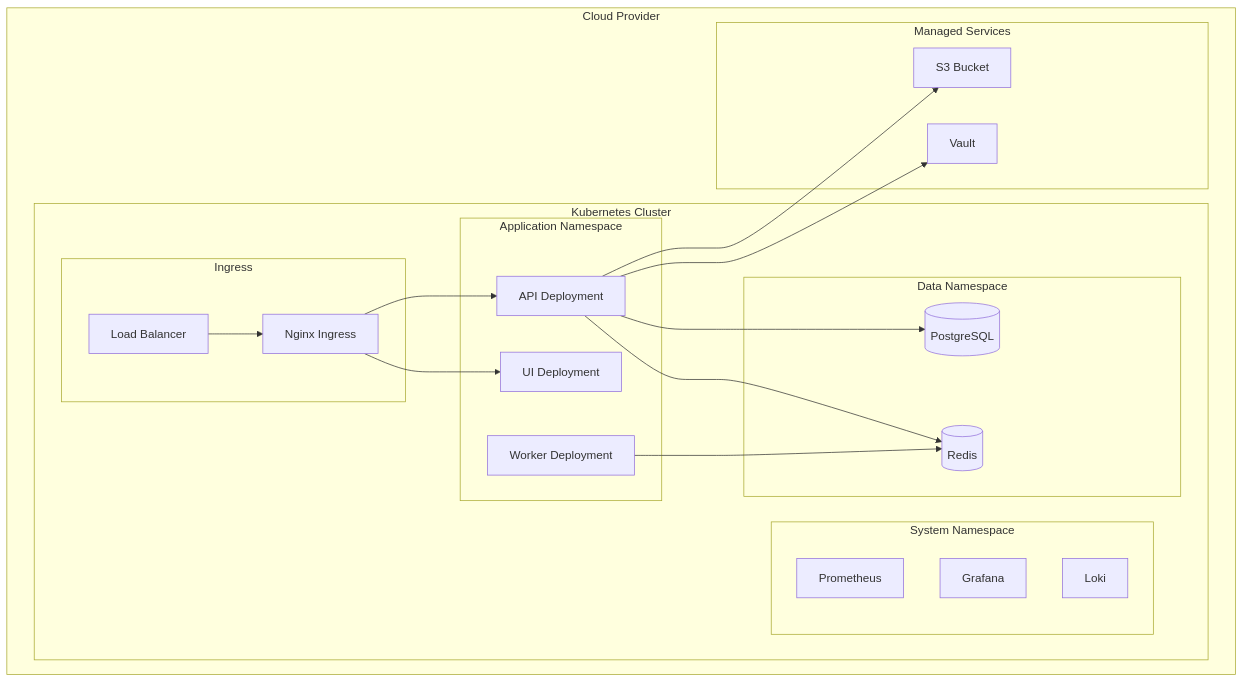
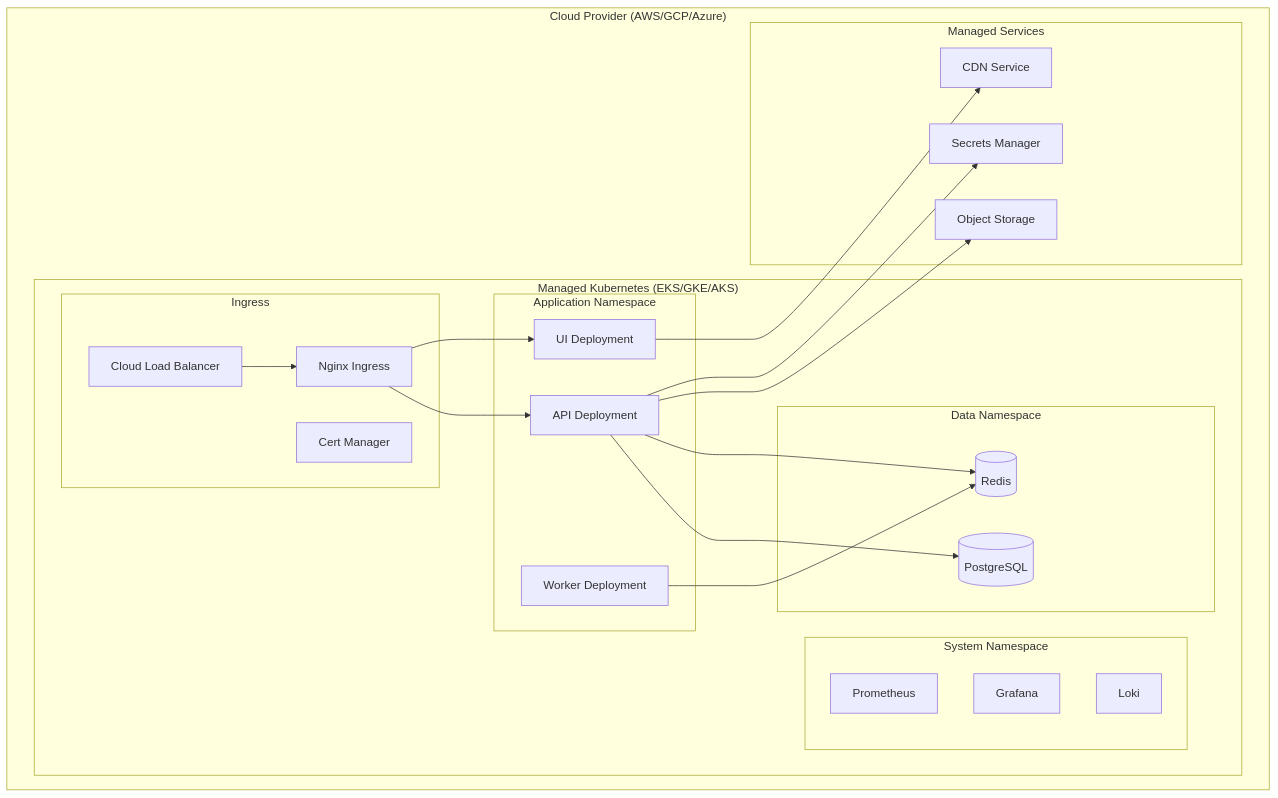
The second of 5 diagrams in docs/05-deployment-architecture.md (prodigy-sln/flowforge), drawn with Mermaid before and after one commit. The commit also changed other lines of this file and 5 other files, not shown here.

Commit message:
Implement comprehensive architecture improvements based on peer review feedback

````diff
--- a/docs/05-deployment-architecture.md
+++ b/docs/05-deployment-architecture.md
@@ -114,42 +220,45 @@
 ```mermaid
 graph TD
-    subgraph "Cloud Provider"
-        subgraph "Kubernetes Cluster"
+    subgraph "Cloud Provider (AWS/GCP/Azure)"
+        subgraph "Managed Kubernetes (EKS/GKE/AKS)"
             subgraph "Ingress"
-                LB[Load Balancer]
+                LB[Cloud Load Balancer]
                 Nginx[Nginx Ingress]
+                CertMgr[Cert Manager]
             end
             
             subgraph "Application Namespace"
                 API[API Deployment]
                 Worker[Worker Deployment]
                 UI[UI Deployment]
             end
             
             subgraph "Data Namespace"
                 PG[(PostgreSQL)]
                 Redis[(Redis)]
             end
             
             subgraph "System Namespace"
                 Prometheus[Prometheus]
                 Grafana[Grafana]
                 Loki[Loki]
             end
         end
         
         subgraph "Managed Services"
-            S3[S3 Bucket]
-            Vault[Vault]
+            S3[Object Storage]
+            Vault[Secrets Manager]
+            CDN[CDN Service]
         end
     end
     
     LB --> Nginx
     Nginx --> API
     Nginx --> UI
     API --> PG
     API --> Redis
     Worker --> Redis
     API --> S3
     API --> Vault
+    UI --> CDN
 ```
````
